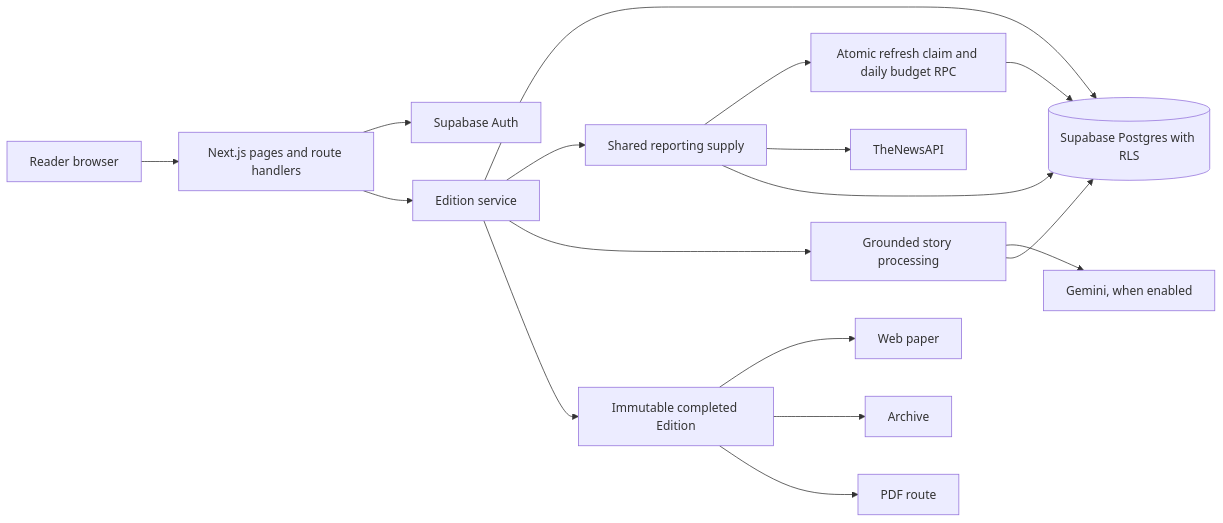
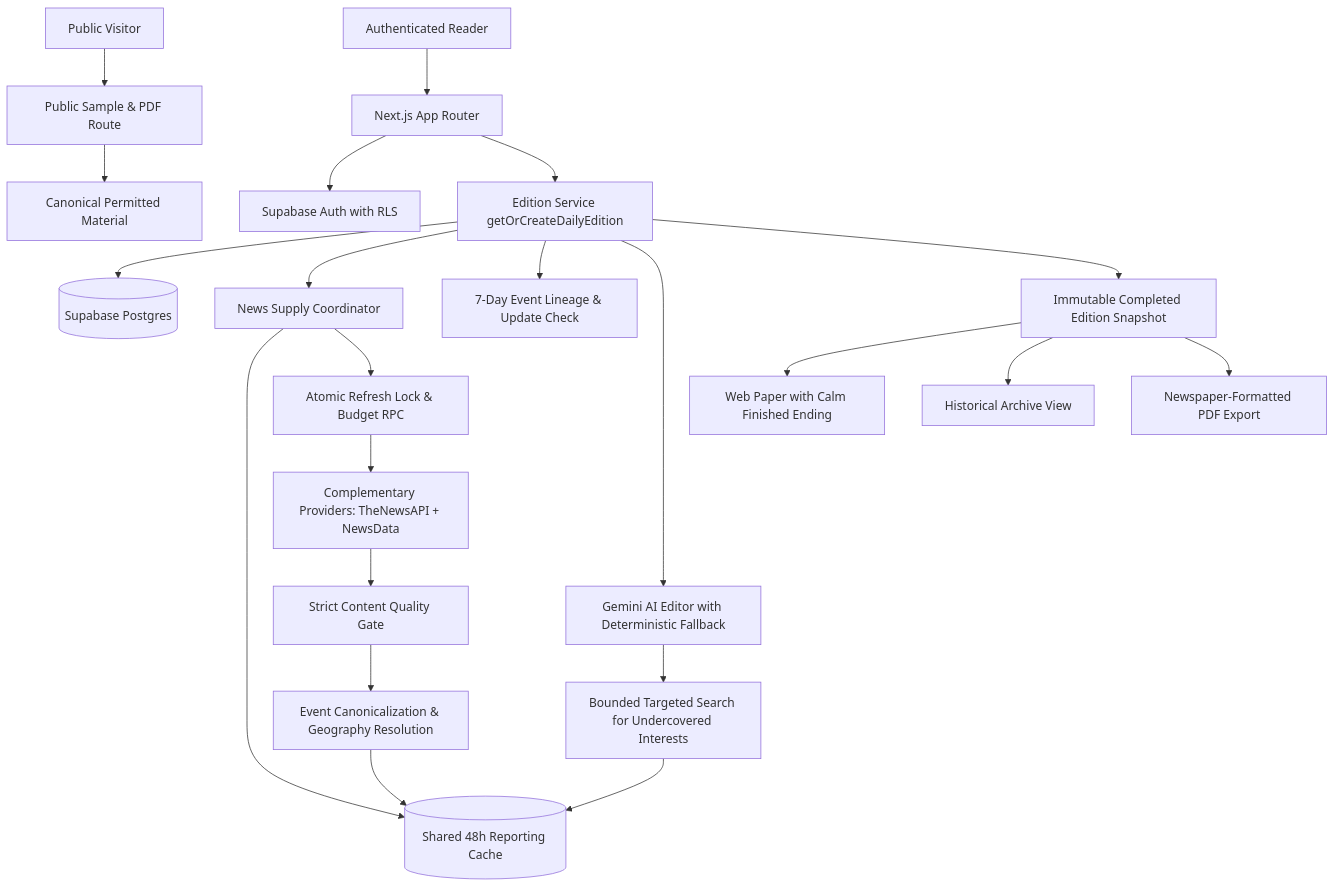
The diagram in docs/evidence/architecture-overview.md (Umer-Hayatt/Project-Herald), drawn with Mermaid before and after one commit. The commit also changed other lines of this file and 4 other files, not shown here.

````diff
--- a/docs/evidence/architecture-overview.md
+++ b/docs/evidence/architecture-overview.md
@@ -5,19 +5,28 @@
 ```mermaid
-flowchart LR
-  Reader[Reader browser] --> Next[Next.js pages and route handlers]
-  Next --> Auth[Supabase Auth]
-  Next --> Edition[Edition service]
-  Edition --> DB[(Supabase Postgres with RLS)]
-  Edition --> News[Shared reporting supply]
-  News --> Claim[Atomic refresh claim and daily budget RPC]
-  Claim --> DB
-  News --> Provider[TheNewsAPI]
-  News --> DB
-  Edition --> Processing[Grounded story processing]
-  Processing --> AI[Gemini, when enabled]
-  Processing --> DB
-  Edition --> Snapshot[Immutable completed Edition]
-  Snapshot --> Paper[Web paper]
-  Snapshot --> Archive[Archive]
-  Snapshot --> PDF[PDF route]
+flowchart TD
+  Visitor[Public Visitor] --> Sample[Public Sample & PDF Route]
+  Sample --> SampleData[Canonical Permitted Material]
+
+  Reader[Authenticated Reader] --> Next[Next.js App Router]
+  Next --> Auth[Supabase Auth with RLS]
+  Next --> Edition[Edition Service getOrCreateDailyEdition]
+  Edition --> DB[(Supabase Postgres)]
+
+  Edition --> Supply[News Supply Coordinator]
+  Supply --> Cache[(Shared 48h Reporting Cache)]
+  Supply --> Claim[Atomic Refresh Lock & Budget RPC]
+  Claim --> Providers[Complementary Providers: TheNewsAPI + NewsData]
+  Providers --> Quality[Strict Content Quality Gate]
+  Quality --> Grouping[Event Canonicalization & Geography Resolution]
+  Grouping --> Cache
+
+  Edition --> History[7-Day Event Lineage & Update Check]
+  Edition --> AIEditor[Gemini AI Editor with Deterministic Fallback]
+  AIEditor --> Targeted[Bounded Targeted Search for Undercovered Interests]
+  Targeted --> Cache
+
+  Edition --> Snapshot[Immutable Completed Edition Snapshot]
+  Snapshot --> Paper[Web Paper with Calm Finished Ending]
+  Snapshot --> Archive[Historical Archive View]
+  Snapshot --> PDF[Newspaper-Formatted PDF Export]
 ```
````
